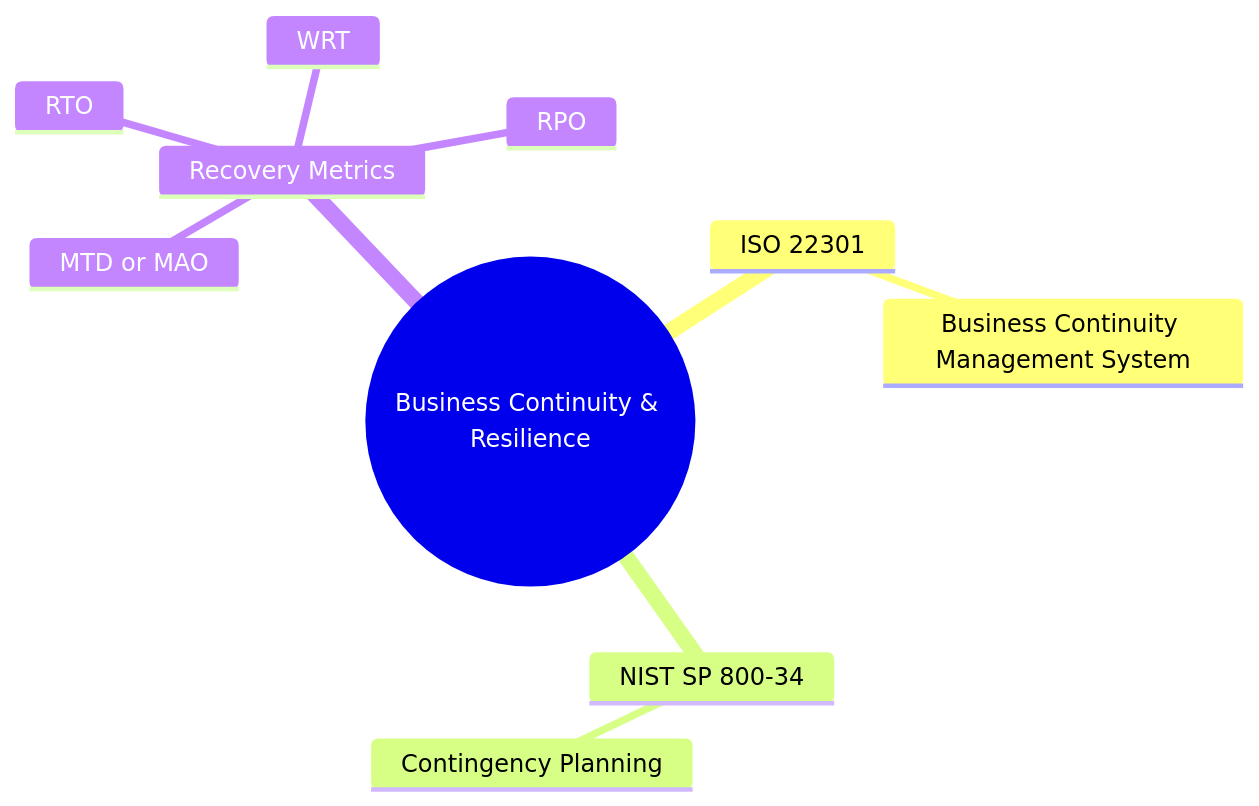
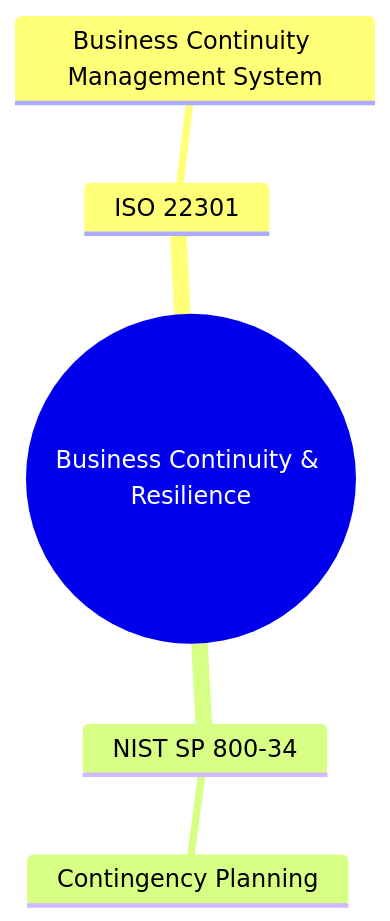
One commit to carybdea/mindmaps changed the diagram in cybersecurity-grc-map/docs/business-continuity.md. Above: the diagram before and after it, drawn with Mermaid. The commit also changed 19 other files, not shown here.

First line of the commit message:
Reorganize mind map structure

````diff
--- a/cybersecurity-grc-map/docs/business-continuity.md
+++ b/cybersecurity-grc-map/docs/business-continuity.md
@@ -3,13 +3,8 @@
 ```mermaid
 mindmap
   root((Business Continuity & Resilience))
     ISO 22301
       Business Continuity Management System
     NIST SP 800-34
       Contingency Planning
-    Recovery Metrics
-      MTD or MAO
-      RTO
-      RPO
-      WRT
 ```
````
